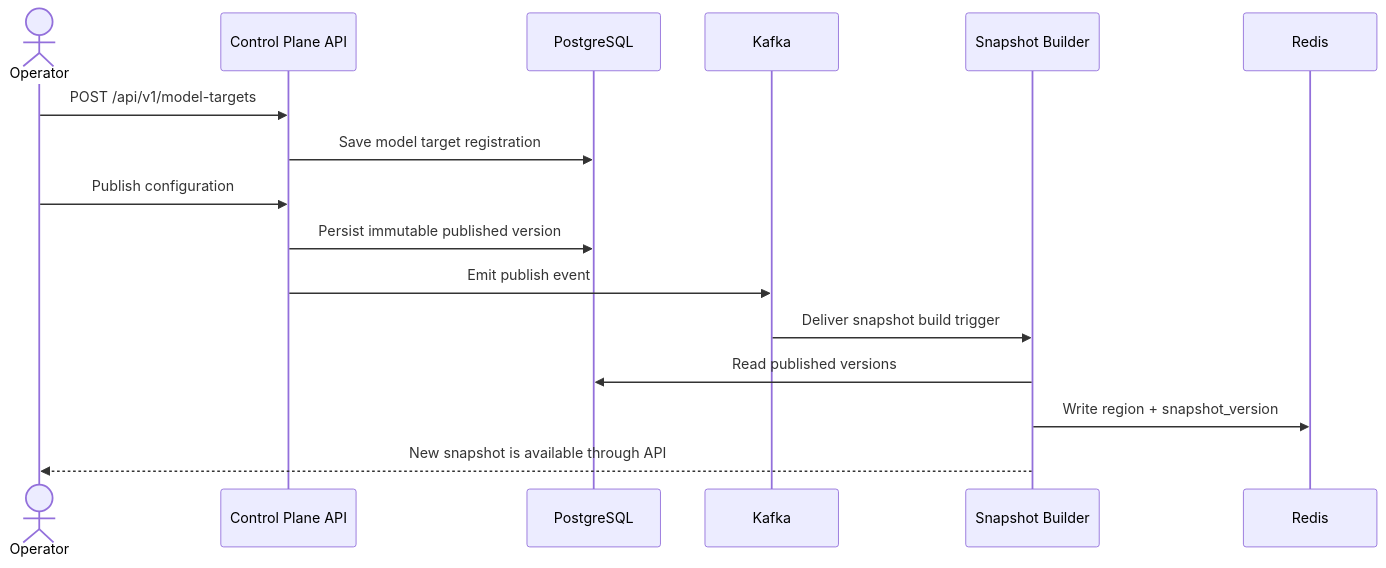
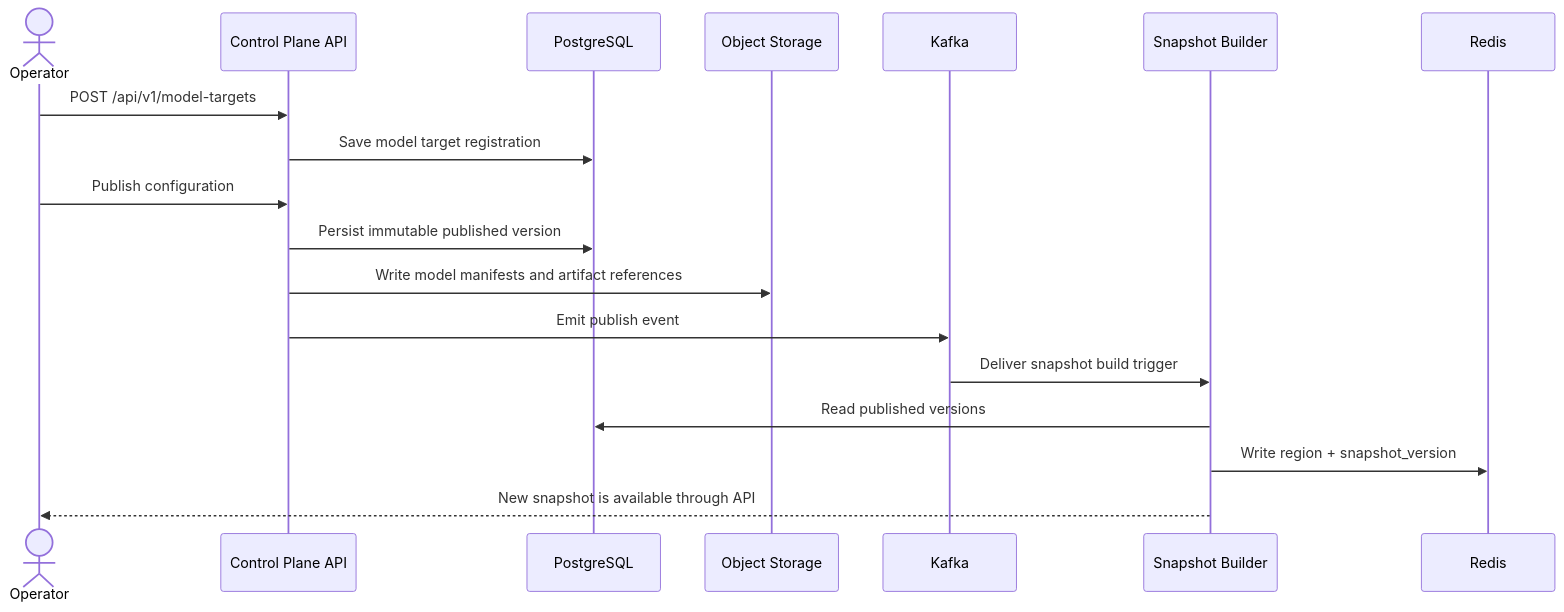
One commit to brandon-benge/example-model-routing changed the second of 5 diagrams in README.md. Above: the diagram before and after it, drawn with Mermaid. The commit also changed other lines of this file and 6 other files, not shown here.

````diff
--- a/README.md
+++ b/README.md
@@ -69,19 +78,21 @@
 ```mermaid
 sequenceDiagram
     actor Operator
     participant API as Control Plane API
     participant DB as PostgreSQL
+    participant Obj as Object Storage
     participant Bus as Kafka
     participant Snap as Snapshot Builder
     participant Cache as Redis
 
     Operator->>API: POST /api/v1/model-targets
     API->>DB: Save model target registration
     Operator->>API: Publish configuration
     API->>DB: Persist immutable published version
+    API->>Obj: Write model manifests and artifact references
     API->>Bus: Emit publish event
     Bus->>Snap: Deliver snapshot build trigger
     Snap->>DB: Read published versions
     Snap->>Cache: Write region + snapshot_version
     Snap-->>Operator: New snapshot is available through API
 ```
````
